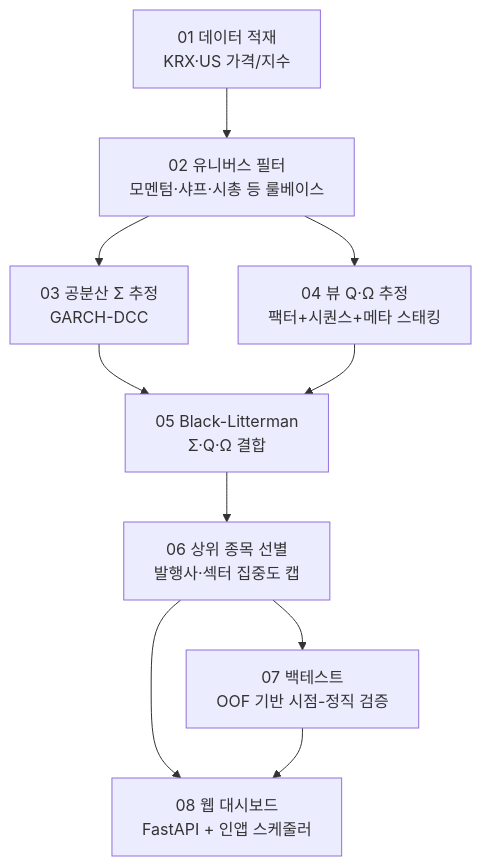
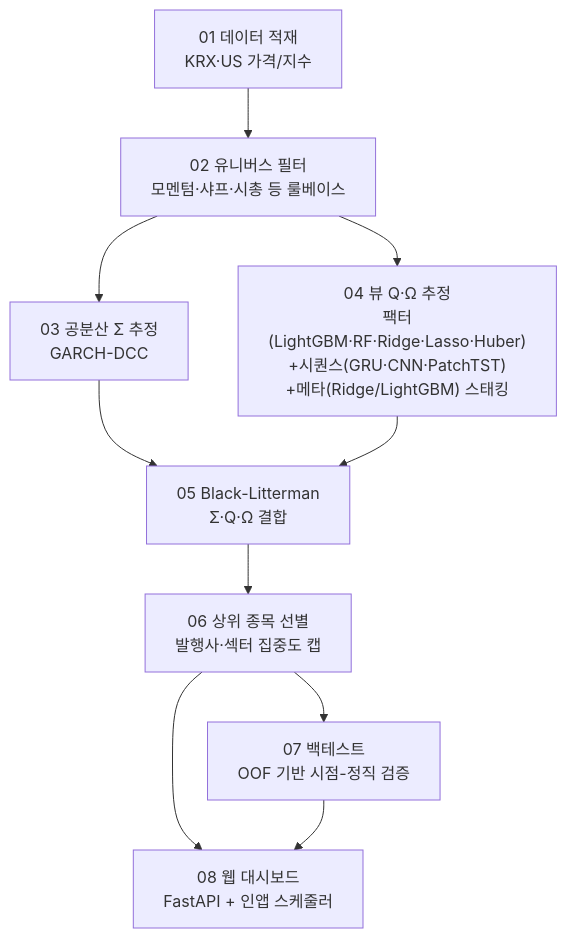
Before and after one commit to GongsonChan/Portfolio-project: the diagram in README.md, drawn with Mermaid.

Commit message:
List ensemble models in the architecture diagram's 04 node

````diff
--- a/README.md
+++ b/README.md
@@ -5,12 +5,12 @@
 ```mermaid
 flowchart TD
     A["01 데이터 적재<br/>KRX·US 가격/지수"] --> B["02 유니버스 필터<br/>모멘텀·샤프·시총 등 룰베이스"]
     B --> C["03 공분산 Σ 추정<br/>GARCH-DCC"]
-    B --> D["04 뷰 Q·Ω 추정<br/>팩터+시퀀스+메타 스태킹"]
+    B --> D["04 뷰 Q·Ω 추정<br/>팩터(LightGBM·RF·Ridge·Lasso·Huber)<br/>+시퀀스(GRU·CNN·PatchTST)<br/>+메타(Ridge/LightGBM) 스태킹"]
     C --> E["05 Black-Litterman<br/>Σ·Q·Ω 결합"]
     D --> E
     E --> F["06 상위 종목 선별<br/>발행사·섹터 집중도 캡"]
     F --> G["07 백테스트<br/>OOF 기반 시점-정직 검증"]
     F --> H["08 웹 대시보드<br/>FastAPI + 인앱 스케줄러"]
     G --> H
 ```
````
